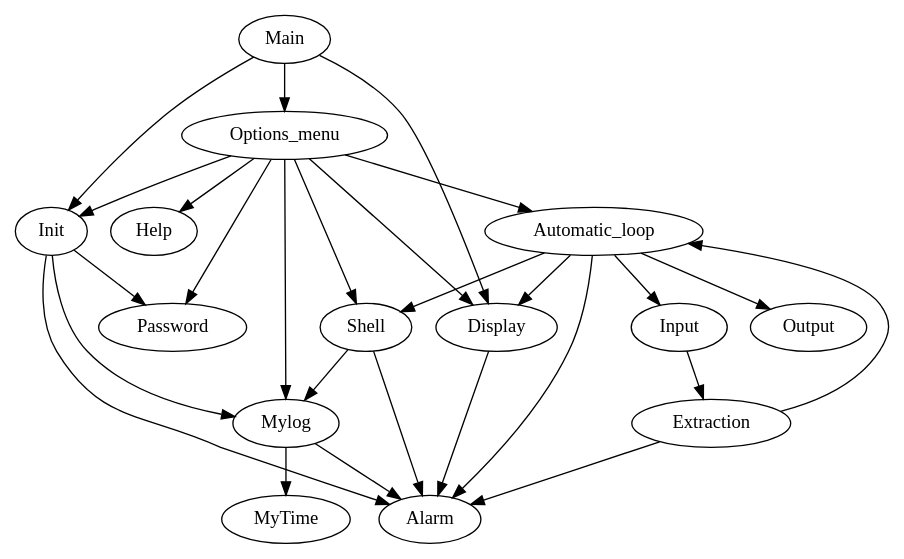
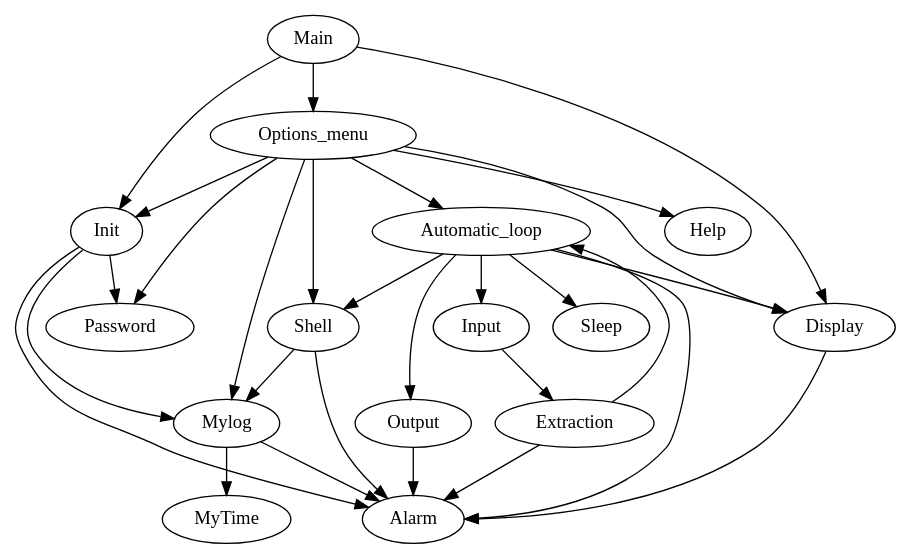
One commit to open-fire-alarm/open-fire-alarm changed the diagram in graph/graph.gv. Above: the diagram before and after it, drawn with Graphviz.

Commit message:
mise a jour du graph

```diff
--- a/graph/graph.gv
+++ b/graph/graph.gv
@@ -1,27 +1,29 @@
 digraph G
 {
 	Alarm;
 	Automatic_loop;
 	Display;
 	Extraction;
 	Help;
 	Init;
 	Input;
 	Main;
 	Mylog;
 	MyTime;
 	Options_menu;
 	Output;
 	Password;
 	Shell;
+	Sleep;
 
-	Automatic_loop -> {Shell; Display; Input; Alarm; Output;}
+	Automatic_loop -> {Shell; Display; Input; Alarm; Output; Sleep;}
 	Display -> Alarm;
 	Extraction -> {Alarm; Automatic_loop;}
 	Init -> {Alarm; Password; Mylog;}
 	Input -> Extraction
 	Main -> {Init; Display; Options_menu;}
 	Mylog -> {MyTime; Alarm;}
 	Options_menu -> {Password; Shell; Display; Automatic_loop; Init; Mylog; Help;}
+	Output -> Alarm;
 	Shell -> {Alarm; Mylog;}
 }
```
